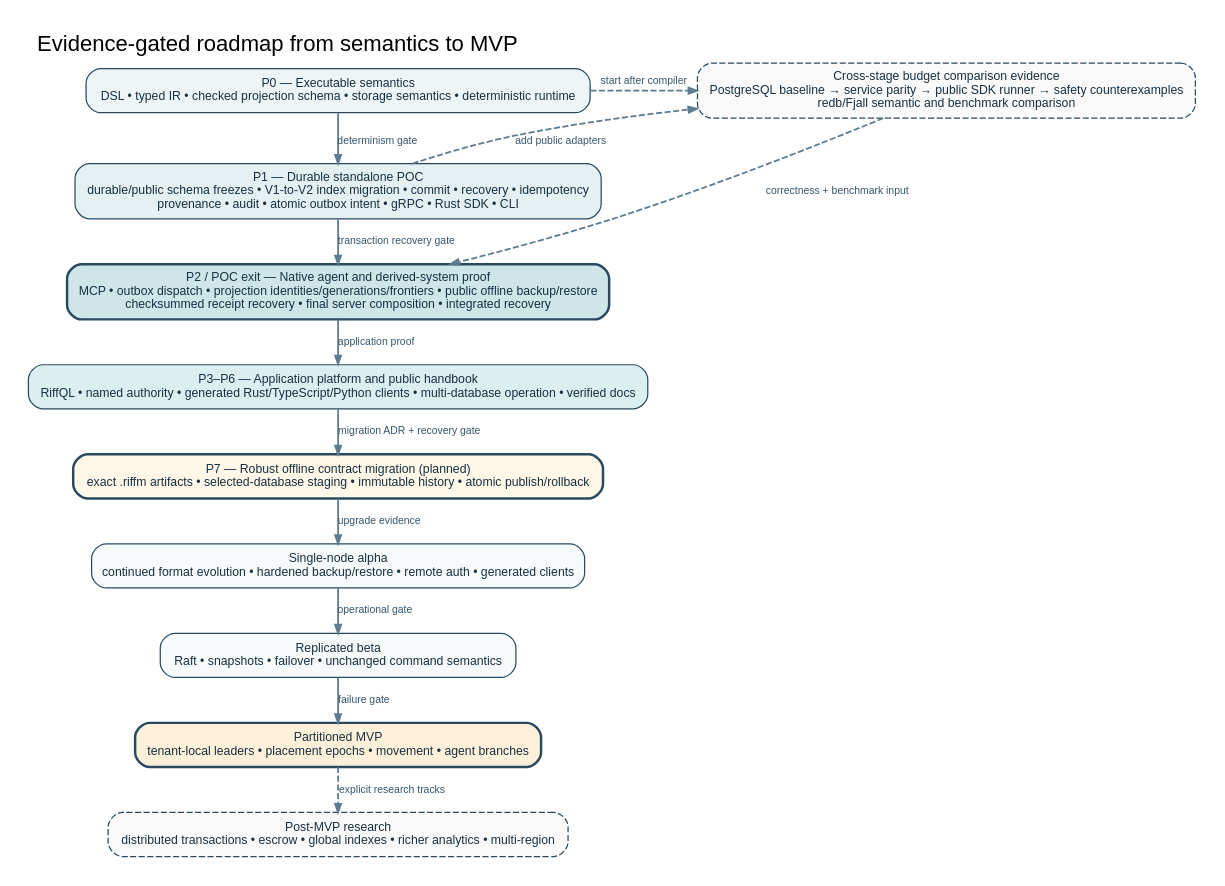
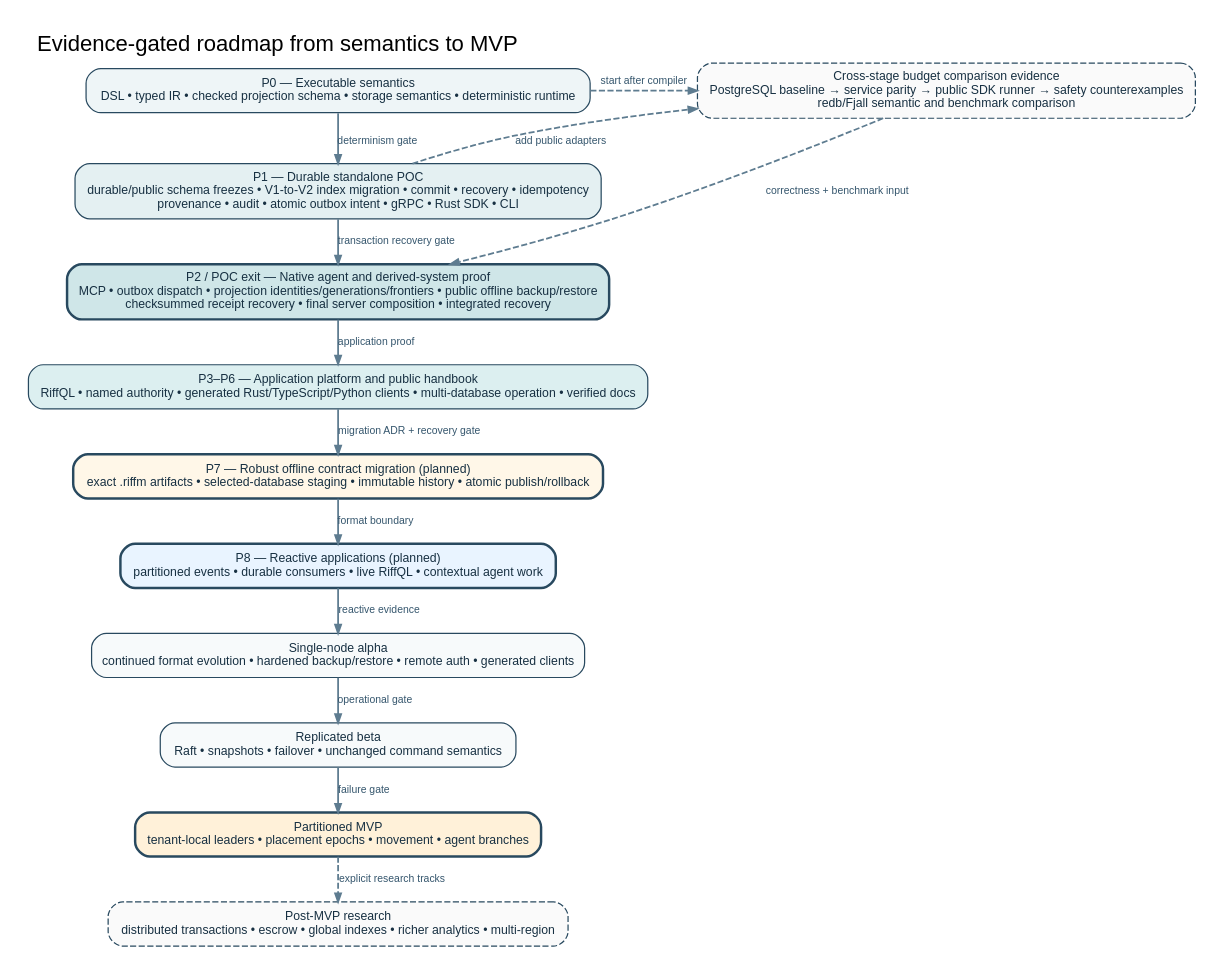
The diagram in diagrams/roadmap.dot (riffdb/riffdb), drawn with Graphviz before and after one commit. The commit also changed 7 other files, not shown here.

Commit message:
docs(reactive): freeze event and live-query architecture

```diff
--- a/diagrams/roadmap.dot
+++ b/diagrams/roadmap.dot
@@ -1,28 +1,30 @@
 digraph G {
   graph [rankdir=TB, bgcolor="white", pad="0.22", nodesep="0.25", ranksep="0.38", fontname="Liberation Sans", fontsize=18, label="Evidence-gated roadmap from semantics to MVP", labelloc="t", labeljust="l"];
   node [shape=box, style="rounded,filled", fontname="Liberation Sans", fontsize=10, margin="0.16,0.08", color="#28495F", fillcolor="#F7FAFB", fontcolor="#173042"];
   edge [color="#5E7C90", penwidth=1.45, arrowsize=0.70, fontname="Liberation Sans", fontsize=8.5, fontcolor="#35566D"];
 
   p0 [label="P0 — Executable semantics\nDSL • typed IR • checked projection schema • storage semantics • deterministic runtime", fillcolor="#EEF5F7"];
   p1 [label="P1 — Durable standalone POC\ndurable/public schema freezes • V1-to-V2 index migration • commit • recovery • idempotency\nprovenance • audit • atomic outbox intent • gRPC • Rust SDK • CLI", fillcolor="#E4F0F2"];
   p2 [label="P2 / POC exit — Native agent and derived-system proof\nMCP • outbox dispatch • projection identities/generations/frontiers • public offline backup/restore\nchecksummed receipt recovery • final server composition • integrated recovery", fillcolor="#CFE6E8", penwidth=2.0];
   p3p6 [label="P3–P6 — Application platform and public handbook\nRiffQL • named authority • generated Rust/TypeScript/Python clients • multi-database operation • verified docs", fillcolor="#DCEFF0"];
   p7 [label="P7 — Robust offline contract migration (planned)\nexact .riffm artifacts • selected-database staging • immutable history • atomic publish/rollback", fillcolor="#FFF7E8", penwidth=2.0];
+  p8 [label="P8 — Reactive applications (planned)\npartitioned events • durable consumers • live RiffQL • contextual agent work", fillcolor="#E9F4FF", penwidth=2.0];
   evidence [label="Cross-stage budget comparison evidence\nPostgreSQL baseline → service parity → public SDK runner → safety counterexamples\nredb/Fjall semantic and benchmark comparison", style="rounded,filled,dashed", fillcolor="#FAFAFA"];
   a [label="Single-node alpha\ncontinued format evolution • hardened backup/restore • remote auth • generated clients"];
   b [label="Replicated beta\nRaft • snapshots • failover • unchanged command semantics"];
   c [label="Partitioned MVP\ntenant-local leaders • placement epochs • movement • agent branches", fillcolor="#FFF1D9", penwidth=2.0];
   post [label="Post-MVP research\ndistributed transactions • escrow • global indexes • richer analytics • multi-region", style="rounded,filled,dashed", fillcolor="#FAFAFA"];
 
   p0 -> p1 [label="determinism gate"];
   p1 -> p2 [label="transaction recovery gate"];
   p0 -> evidence [style=dashed, label="start after compiler", constraint=false];
   p1 -> evidence [style=dashed, label="add public adapters", constraint=false];
   evidence -> p2 [style=dashed, label="correctness + benchmark input", constraint=false];
   p2 -> p3p6 [label="application proof"];
   p3p6 -> p7 [label="migration ADR + recovery gate"];
-  p7 -> a [label="upgrade evidence"];
+  p7 -> p8 [label="format boundary"];
+  p8 -> a [label="reactive evidence"];
   a -> b [label="operational gate"];
   b -> c [label="failure gate"];
   c -> post [style=dashed, label="explicit research tracks"];
 }
```
